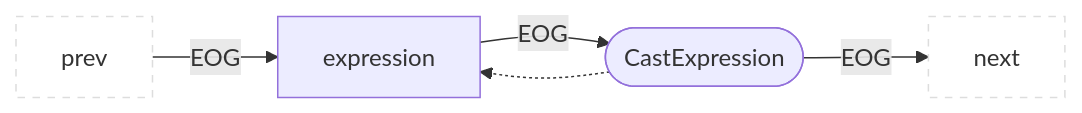
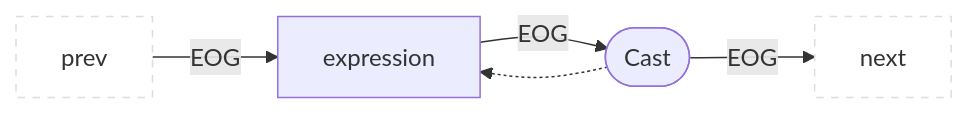
Diagram 27 of 49 in docs/docs/CPG/specs/eog.md (Fraunhofer-AISEC/cpg), drawn with Mermaid before and after one commit. The commit also changed other lines of this file and 403 other files, not shown here.

````diff
--- a/docs/docs/CPG/specs/eog.md
+++ b/docs/docs/CPG/specs/eog.md
@@ -521,8 +521,8 @@
 ```mermaid
 flowchart LR
   classDef outer fill:#fff,stroke:#ddd,stroke-dasharray:5 5;
   prev:::outer --EOG--> child["expression"]
   child --EOG--> parent
-  parent(["CastExpression"]) --EOG--> next:::outer
+  parent(["Cast"]) --EOG--> next:::outer
   parent -.-> child
 ```
````
